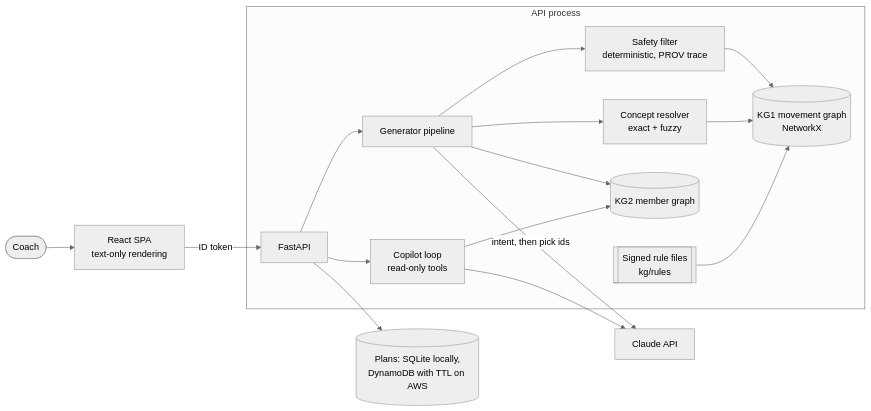
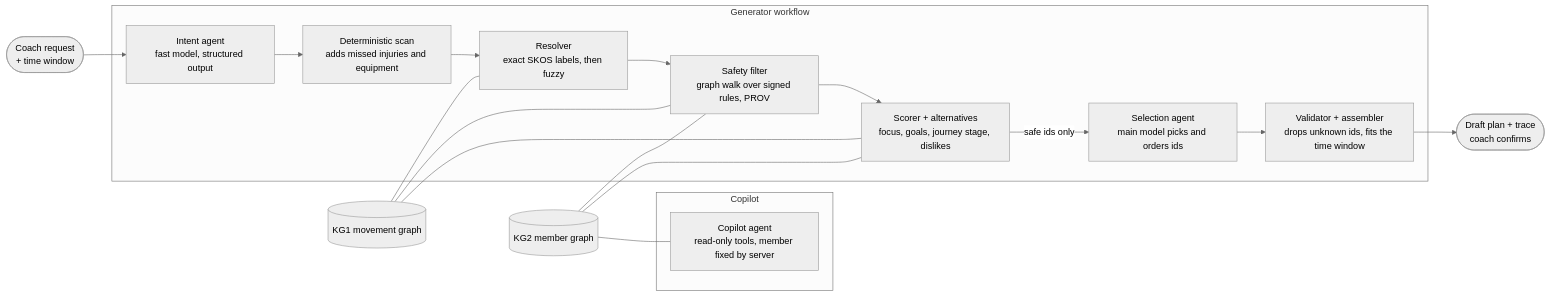
One commit to paawandesai/future-pkg changed the diagram in README.md. Above: the diagram before and after it, drawn with Mermaid (neutral theme). The commit also changed other lines of this file and 7 other files, not shown here.

````diff
--- a/README.md
+++ b/README.md
@@ -45,19 +48,19 @@
 ```mermaid
 flowchart LR
-  coach([Coach]) --> web[React SPA<br/>text-only rendering]
-  web -->|ID token| api[FastAPI]
-  subgraph api_box [API process]
-    api --> gen[Generator pipeline]
-    api --> cop[Copilot loop<br/>read-only tools]
-    gen --> res[Concept resolver<br/>exact + fuzzy]
-    gen --> safe[Safety filter<br/>deterministic, PROV trace]
-    safe --> kg1[(KG1 movement graph<br/>NetworkX)]
-    res --> kg1
-    gen --> kg2[(KG2 member graph)]
-    cop --> kg2
-    rules[[Signed rule files<br/>kg/rules]] --> kg1
+  coach([Coach request<br/>+ time window]) --> A1
+  subgraph wf [Generator workflow]
+    A1[Intent agent<br/>fast model, structured output] --> S1[Deterministic scan<br/>adds missed injuries and equipment]
+    S1 --> S2[Resolver<br/>exact SKOS labels, then fuzzy]
+    S2 --> S3[Safety filter<br/>graph walk over signed rules, PROV]
+    S3 --> S4[Scorer + alternatives<br/>focus, goals, journey stage, dislikes]
+    S4 -->|safe ids only| A2[Selection agent<br/>main model picks and orders ids]
+    A2 --> S5[Validator + assembler<br/>drops unknown ids, fits the time window]
   end
-  gen -->|intent, then pick ids| llm[Claude API]
-  cop --> llm
-  api --> store[(Plans: SQLite locally,<br/>DynamoDB with TTL on AWS)]
+  S5 --> plan([Draft plan + trace<br/>coach confirms])
+  kg1[(KG1 movement graph)] --- S2 & S3 & S4
+  kg2[(KG2 member graph)] --- S3 & S4
+  subgraph cp [Copilot]
+    A3[Copilot agent<br/>read-only tools, member fixed by server]
+  end
+  kg2 --- A3
 ```
````
